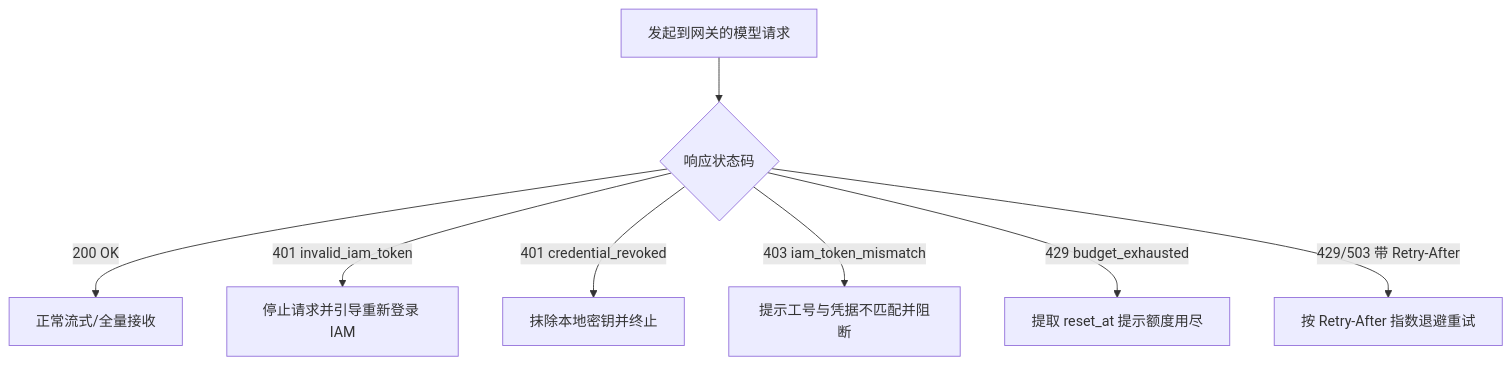
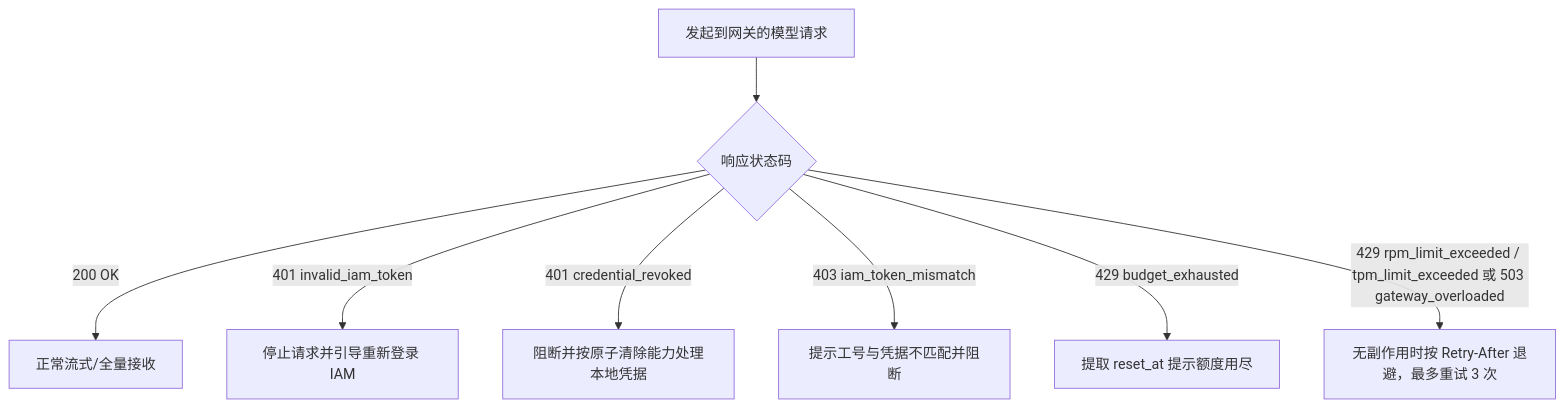
One commit to hrygo/heluo-forge changed the diagram in docs/design/plugins/forge-gateway.md. Above: the diagram before and after it, drawn with Mermaid. The commit also changed other lines of this file and 41 other files, not shown here.

````diff
--- a/docs/design/plugins/forge-gateway.md
+++ b/docs/design/plugins/forge-gateway.md
@@ -104,10 +104,10 @@
 ```mermaid
 flowchart TD
     Req[发起到网关的模型请求] --> Resp{响应状态码}
     Resp -->|200 OK| Stream[正常流式/全量接收]
     Resp -->|401 invalid_iam_token| Login[停止请求并引导重新登录 IAM]
-    Resp -->|401 credential_revoked| Wipe[抹除本地密钥并终止]
+    Resp -->|401 credential_revoked| Wipe[阻断并按原子清除能力处理本地凭据]
     Resp -->|403 iam_token_mismatch| AlertMismatch[提示工号与凭据不匹配并阻断]
     Resp -->|429 budget_exhausted| ShowBudget[提取 reset_at 提示额度用尽]
-    Resp -->|429/503 带 Retry-After| Backoff[按 Retry-After 指数退避重试]
+    Resp -->|429 rpm_limit_exceeded / tpm_limit_exceeded 或 503 gateway_overloaded| Backoff[无副作用时按 Retry-After 退避，最多重试 3 次]
 ```
````
